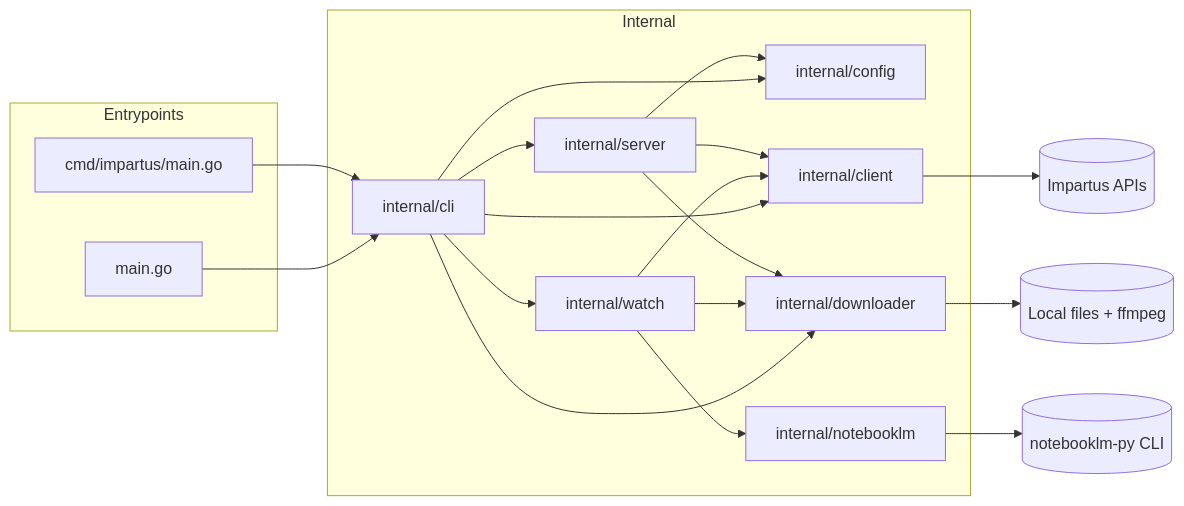
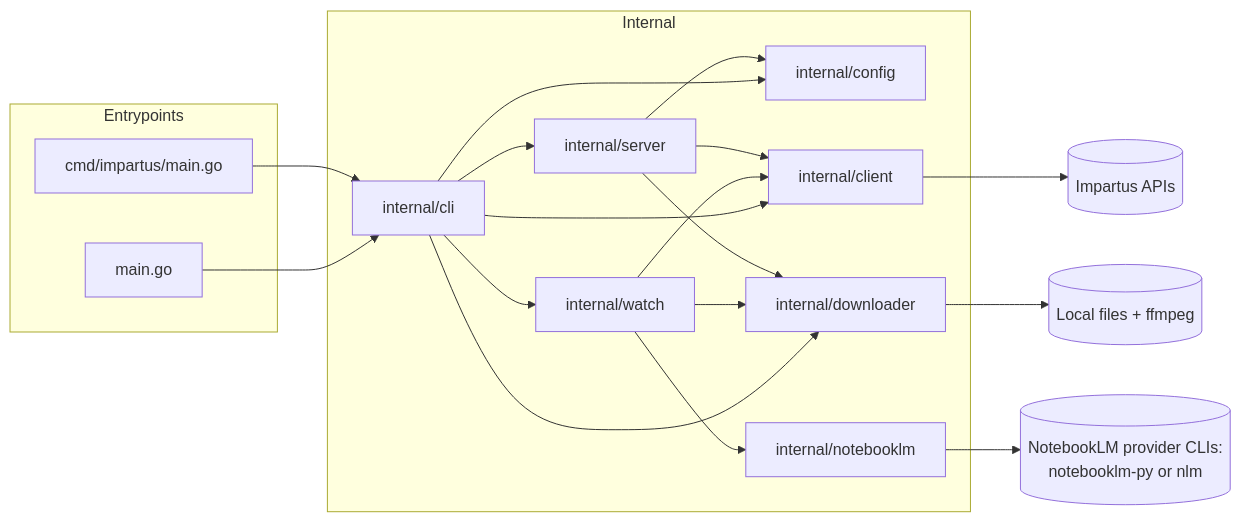
Before and after one commit to rabesss/impartus-cli: the sixth of 6 diagrams in docs/architecture.md, drawn with Mermaid. The commit also changed 3 other files, not shown here.

````diff
--- a/docs/architecture.md
+++ b/docs/architecture.md
@@ -158,38 +158,38 @@
 ```mermaid
 flowchart LR
   subgraph Entrypoints
     M1[main.go]
     M2[cmd/impartus/main.go]
   end
 
   subgraph Internal
     CLI[internal/cli]
     CFG[internal/config]
     CLT[internal/client]
     DL[internal/downloader]
     WAT[internal/watch]
     NLM[internal/notebooklm]
     SRV[internal/server]
   end
 
   IMP[(Impartus APIs)]
   FS[(Local files + ffmpeg)]
-  NLMCLI[(notebooklm-py CLI)]
+  NLMCLI[(NotebookLM provider CLIs:<br/>notebooklm-py or nlm)]
 
   M1 --> CLI
   M2 --> CLI
   CLI --> CFG
   CLI --> CLT
   CLI --> DL
   CLI --> WAT
   CLI --> SRV
   WAT --> CLT
   WAT --> DL
   WAT --> NLM
   NLM --> NLMCLI
   SRV --> CFG
   SRV --> CLT
   SRV --> DL
   CLT --> IMP
   DL --> FS
 ```
````
